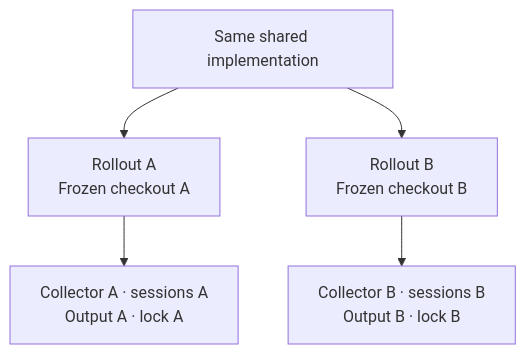
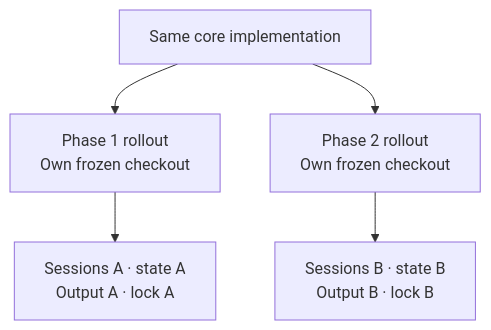
Before and after one commit to AI4Collaboration/SwarmHarm: the fifth of 5 diagrams in docs/architecture/shared-core-and-phases.md, drawn with Mermaid. The commit also changed other lines of this file and 3 other files, not shown here.

Commit message:
Design Phase 2 as an independent experiment using shared infrastructure

````diff
--- a/docs/architecture/shared-core-and-phases.md
+++ b/docs/architecture/shared-core-and-phases.md
@@ -125,7 +102,7 @@
 ```mermaid
 flowchart TB
-    SRC["Same shared implementation"] --> A["Rollout A<br/>Frozen checkout A"]
-    SRC --> B["Rollout B<br/>Frozen checkout B"]
-    A --> AO["Collector A · sessions A<br/>Output A · lock A"]
-    B --> BO["Collector B · sessions B<br/>Output B · lock B"]
+    SRC["Same core implementation"] --> A["Phase 1 rollout<br/>Own frozen checkout"]
+    SRC --> B["Phase 2 rollout<br/>Own frozen checkout"]
+    A --> AO["Sessions A · state A<br/>Output A · lock A"]
+    B --> BO["Sessions B · state B<br/>Output B · lock B"]
 ```
````
